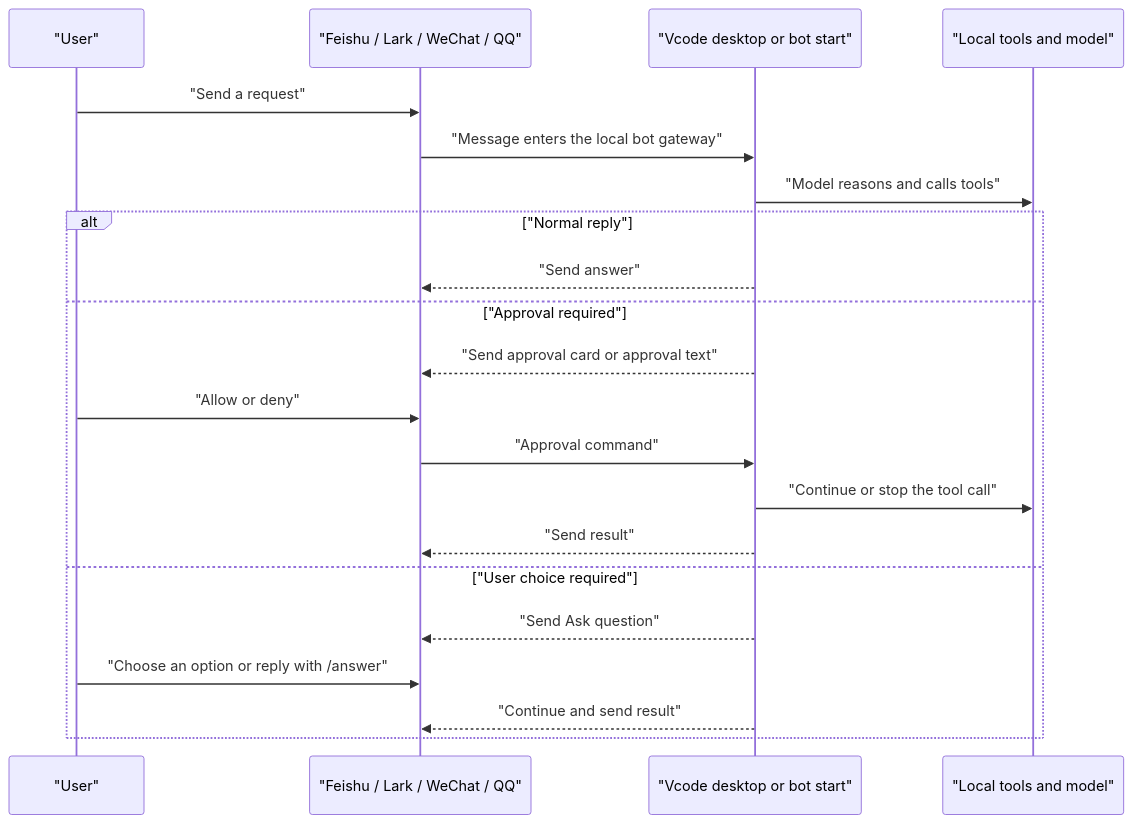
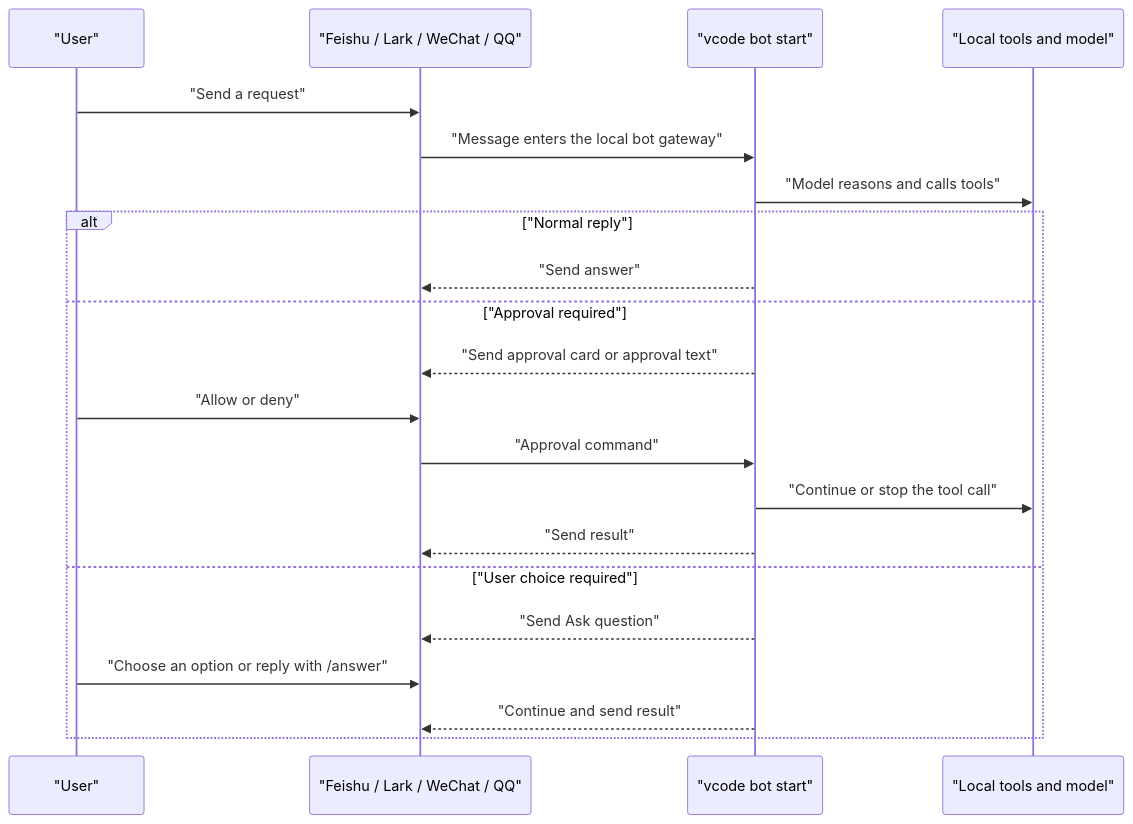
Before and after one commit to zylzyqzz/Vcode: the second of 3 diagrams in docs/BOT_GUIDE.md, drawn with Mermaid. The commit also changed other lines of this file and 598 other files, not shown here.

````diff
--- a/docs/BOT_GUIDE.md
+++ b/docs/BOT_GUIDE.md
@@ -265,24 +265,24 @@
 ```mermaid
 sequenceDiagram
   participant U as "User"
   participant IM as "Feishu / Lark / WeChat / QQ"
-  participant R as "Vcode desktop or bot start"
+  participant R as "vcode bot start"
   participant T as "Local tools and model"
 
   U->>IM: "Send a request"
   IM->>R: "Message enters the local bot gateway"
   R->>T: "Model reasons and calls tools"
   alt "Normal reply"
     R-->>IM: "Send answer"
   else "Approval required"
     R-->>IM: "Send approval card or approval text"
     U->>IM: "Allow or deny"
     IM->>R: "Approval command"
     R->>T: "Continue or stop the tool call"
     R-->>IM: "Send result"
   else "User choice required"
     R-->>IM: "Send Ask question"
     U->>IM: "Choose an option or reply with /answer"
     R-->>IM: "Continue and send result"
   end
 ```
````
